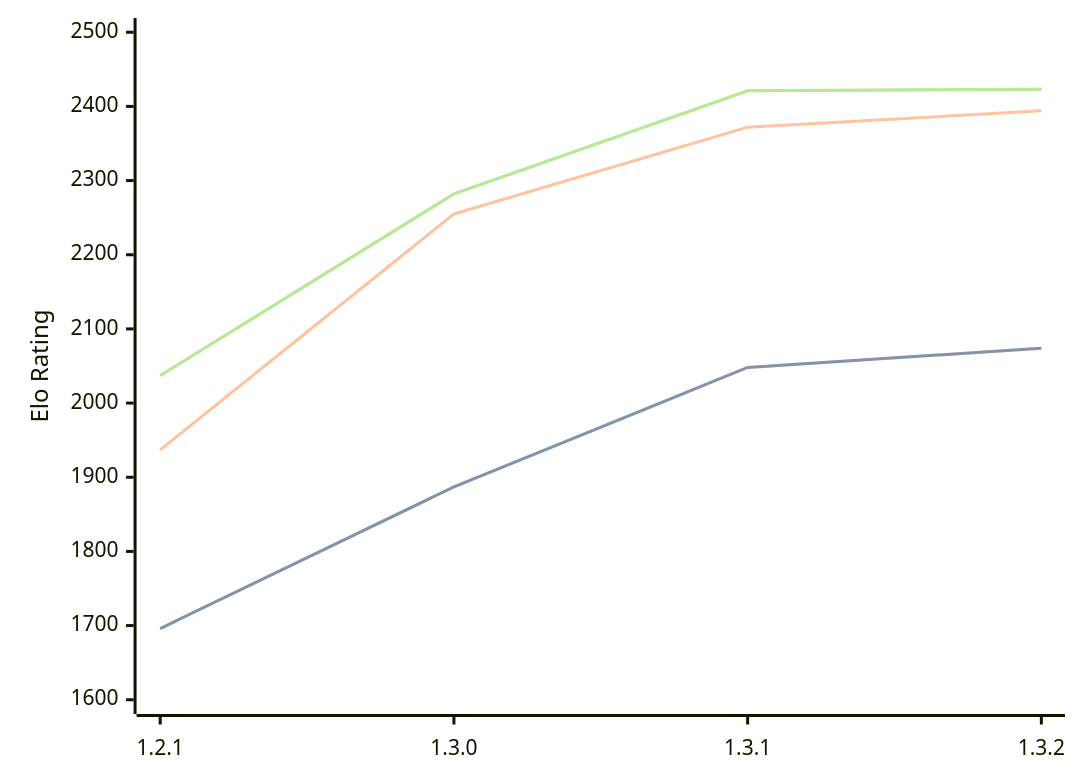
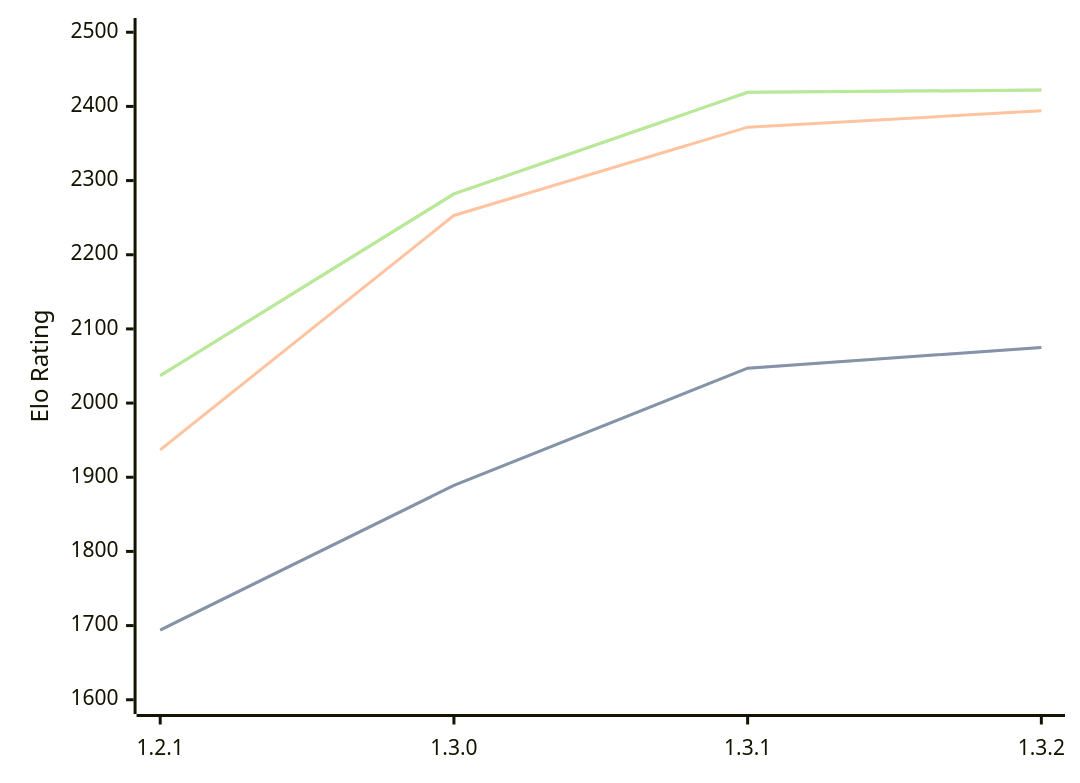
The diagram in engines/Chal.md (computer-chess-index/cci), drawn with Mermaid before and after one commit. The commit also changed other lines of this file, not shown here.

Commit message:
Update CCI Ratings (ELO VLTC) - 2026-03-30

````diff
--- a/engines/Chal.md
+++ b/engines/Chal.md
@@ -37,11 +37,11 @@
 ```mermaid
 %%{init: {"theme":"base","themeVariables":{"seriesColors:['#a3a3a3','#222221','#faa371']}}}%%
 xychart-beta
   x-axis ["1.2.1", "1.3.0", "1.3.1", "1.3.2"]
   y-axis "Elo Rating" 1600 --> 2500
-  line "STC (8.0+0.08s)" [1696, 1887, 2048, 2074]
-  line "STC (8.0+0.08s)" [1696, 1887, 2048, 2074]
-  line "LTC (60.0+0.60s)" [1937, 2255, 2372, 2394]
-  line "VLTC (2m24s+1.12s)" [2037, 2282, 2421, 2423]
-  line "VLTC (2m24s+1.12s)" [2037, 2282, 2421, 2423]
+  line "STC (8.0+0.08s)" [1694, 1889, 2047, 2075]
+  line "STC (8.0+0.08s)" [1694, 1889, 2047, 2075]
+  line "LTC (60.0+0.60s)" [1937, 2253, 2372, 2394]
+  line "VLTC (2m24s+1.12s)" [2037, 2282, 2419, 2422]
+  line "VLTC (2m24s+1.12s)" [2037, 2282, 2419, 2422]
 ```
````
